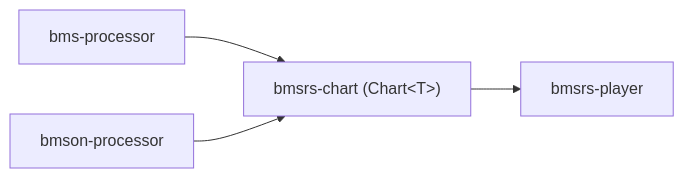
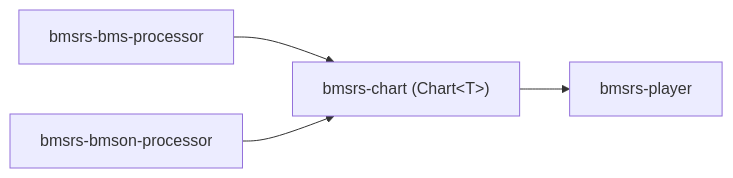
One commit to brightmeows/bmsrs changed the diagram in common/AGENTS.md. Above: the diagram before and after it, drawn with Mermaid. The commit also changed 95 other files, not shown here.

````diff
--- a/common/AGENTS.md
+++ b/common/AGENTS.md
@@ -11,6 +11,6 @@
 ```mermaid
 flowchart LR
-    BProc[bms-processor] --> Chart["bmsrs-chart (Chart&lt;T&gt;)"]
-    BMProc[bmson-processor] --> Chart
+    BProc[bmsrs-bms-processor] --> Chart["bmsrs-chart (Chart&lt;T&gt;)"]
+    BMProc[bmsrs-bmson-processor] --> Chart
     Chart --> Player[bmsrs-player]
 ```
````
